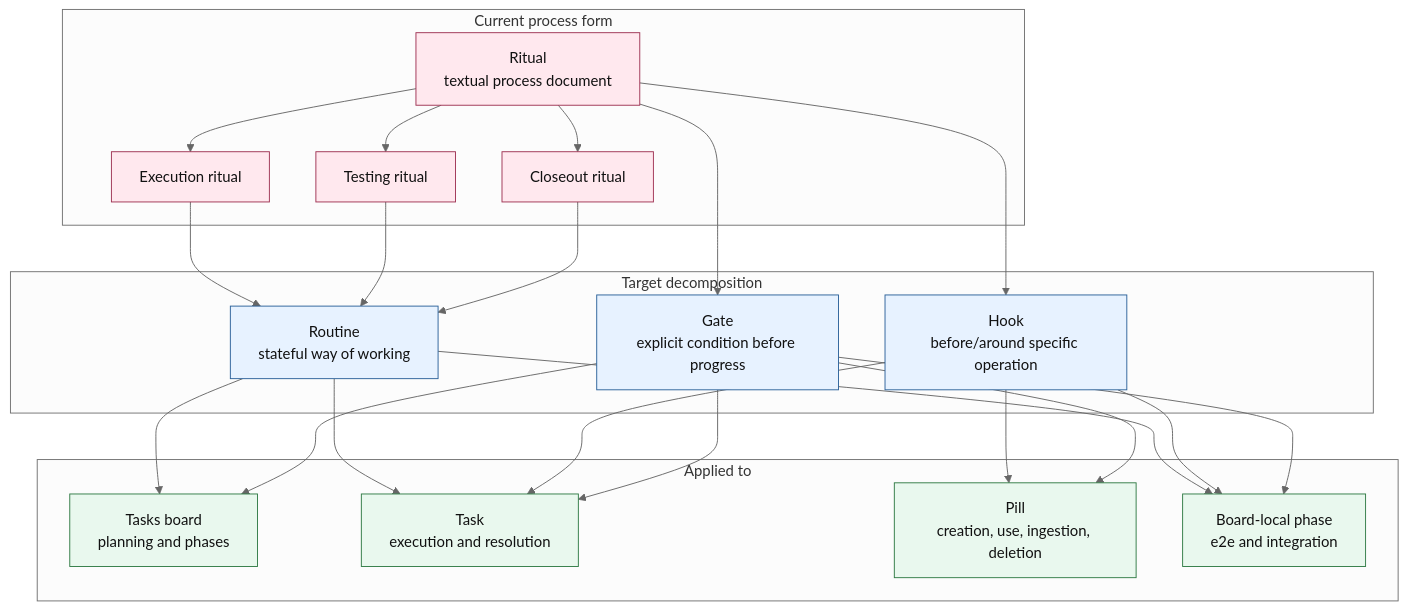
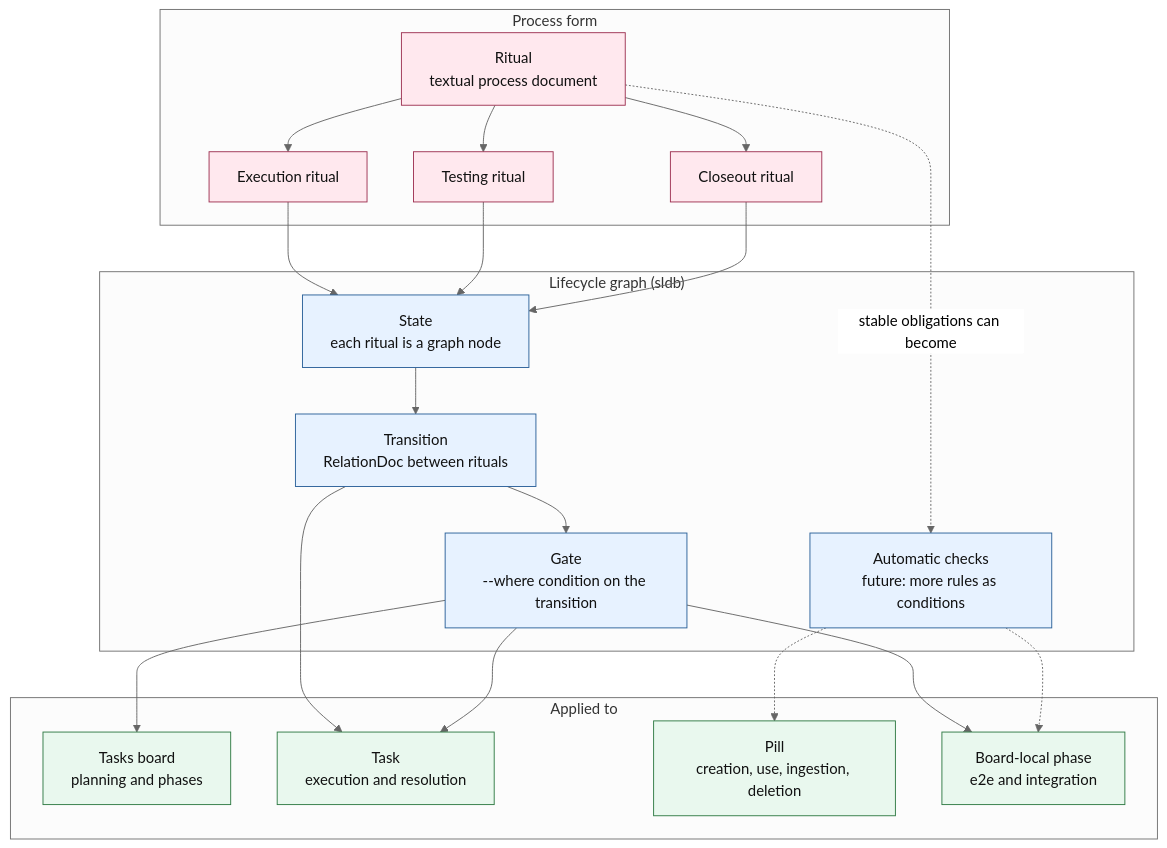
Before and after one commit to jpcosec/opsys: the diagram in docs/diagrams/process/rituals-routines-hooks-workflow.mmd, drawn with Mermaid (neutral theme). The commit also changed 493 other files, not shown here.

First line of the commit message:
feat(lifecycle): el ciclo de vida de las tasks vive en el grafo de sldb

```diff
--- a/docs/diagrams/process/rituals-routines-hooks-workflow.mmd
+++ b/docs/diagrams/process/rituals-routines-hooks-workflow.mmd
@@ -1,47 +1,45 @@
 flowchart TB
-    subgraph Current["Current process form"]
+    subgraph Current["Process form"]
         ritual["Ritual\ntextual process document"]
         execution["Execution ritual"]
         testing["Testing ritual"]
         closeout["Closeout ritual"]
     end
 
-    subgraph Decomposition["Target decomposition"]
-        routine["Routine\nstateful way of working"]
-        hook["Hook\nbefore/around specific operation"]
-        gate["Gate\nexplicit condition before progress"]
+    subgraph Graph["Lifecycle graph (sldb)"]
+        state["State\neach ritual is a graph node"]
+        transition["Transition\nRelationDoc between rituals"]
+        gate["Gate\n--where condition on the transition"]
+        future["Automatic checks\nfuture: more rules as conditions"]
     end
 
     subgraph AppliedTo["Applied to"]
         board["Tasks board\nplanning and phases"]
         task["Task\nexecution and resolution"]
         pill["Pill\ncreation, use, ingestion, deletion"]
         phase["Board-local phase\ne2e and integration"]
     end
 
     ritual --> execution
     ritual --> testing
     ritual --> closeout
-    execution --> routine
-    testing --> routine
-    closeout --> routine
-    ritual --> hook
-    ritual --> gate
+    execution --> state
+    testing --> state
+    closeout --> state
+    state --> transition
+    transition --> gate
+    ritual -.->|stable obligations can become| future
 
-    routine --> board
-    routine --> task
-    routine --> phase
-    hook --> task
-    hook --> pill
-    hook --> phase
+    transition --> task
+    gate --> task
     gate --> board
-    gate --> task
-    gate --> pill
     gate --> phase
+    future -.-> pill
+    future -.-> phase
 
     classDef current fill:#ffe8ee,stroke:#9e3152,color:#111;
     classDef target fill:#e7f2ff,stroke:#2a6099,color:#111;
     classDef applied fill:#e9f8ee,stroke:#2f7a44,color:#111;
     class ritual,execution,testing,closeout current;
-    class routine,hook,gate target;
+    class state,transition,gate,future target;
     class board,task,pill,phase applied;
```
